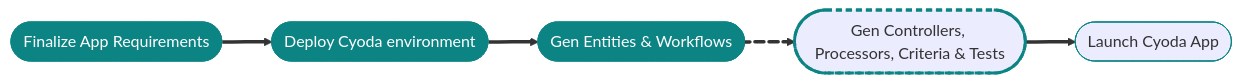
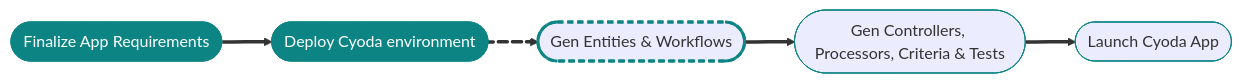
One commit to Cyoda-platform/ai-assistant changed the diagram in workflow_configs/messages/notify_config_generation_0f5b/message.md. Above: the diagram before and after it, drawn with Mermaid. The commit also changed 7 other files, not shown here.

````diff
--- a/workflow_configs/messages/notify_config_generation_0f5b/message.md
+++ b/workflow_configs/messages/notify_config_generation_0f5b/message.md
@@ -3,14 +3,14 @@
 ```mermaid
 graph LR
     A([Finalize App Requirements]):::done e1@
     ==> B([Deploy Cyoda environment]):::done e2@
-    ==> C([Gen Entities & Workflows]):::done e3@
-    ==> D([Gen Controllers, Processors, Criteria & Tests]):::next
+    ==> C([Gen Entities & Workflows]):::next
+    C e3@ ==> D([Gen Controllers, Processors, Criteria & Tests]):::bar
     D e4@ ==> E([Launch Cyoda App]):::bar
 
-    e3@{ animate: true }
+    e2@{ animate: true }
 
     classDef bar stroke:#0D8484
     classDef done fill:#0D8484,stroke:#0D8484,color:#fff
     classDef next stroke:#0D8484,stroke-width:3px,stroke-dasharray:6 4
 ```
````
